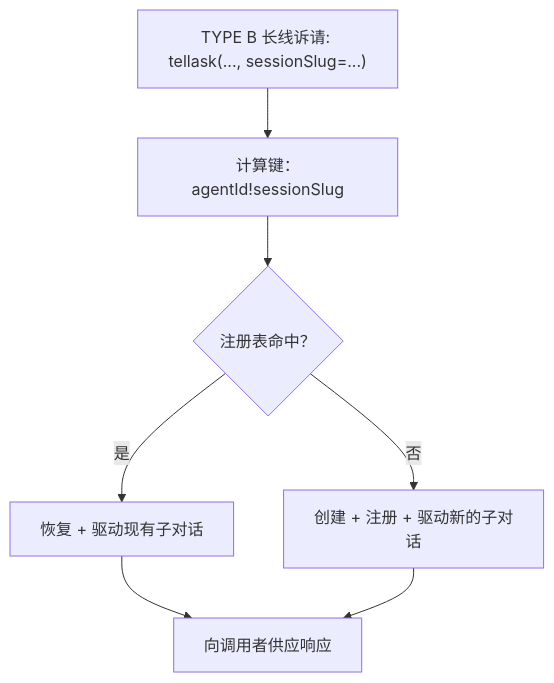
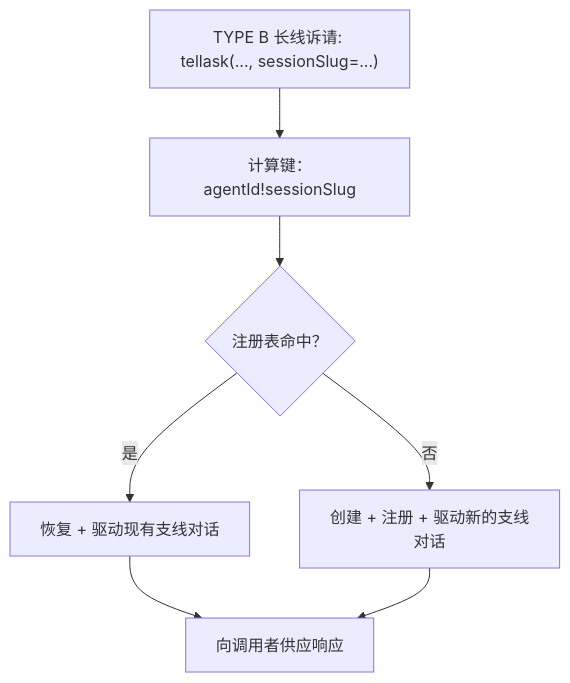
Before and after one commit to longrun-ai/dominds: the eighth of 19 diagrams in docs/dialog-system.zh.md, drawn with Mermaid. The commit also changed other lines of this file and 195 other files, not shown here.

````diff
--- a/docs/dialog-system.zh.md
+++ b/docs/dialog-system.zh.md
@@ -881,9 +881,9 @@
 ```mermaid
 flowchart TD
   Tellask["TYPE B 长线诉请: tellask(..., sessionSlug=...)"] --> Key[计算键：agentId!sessionSlug]
   Key --> Lookup{注册表命中？}
-  Lookup -- 是 --> Resume[恢复 + 驱动现有子对话]
-  Lookup -- 否 --> Create[创建 + 注册 + 驱动新的子对话]
+  Lookup -- 是 --> Resume[恢复 + 驱动现有支线对话]
+  Lookup -- 否 --> Create[创建 + 注册 + 驱动新的支线对话]
   Resume --> Supply[向调用者供应响应]
   Create --> Supply
 ```
````
